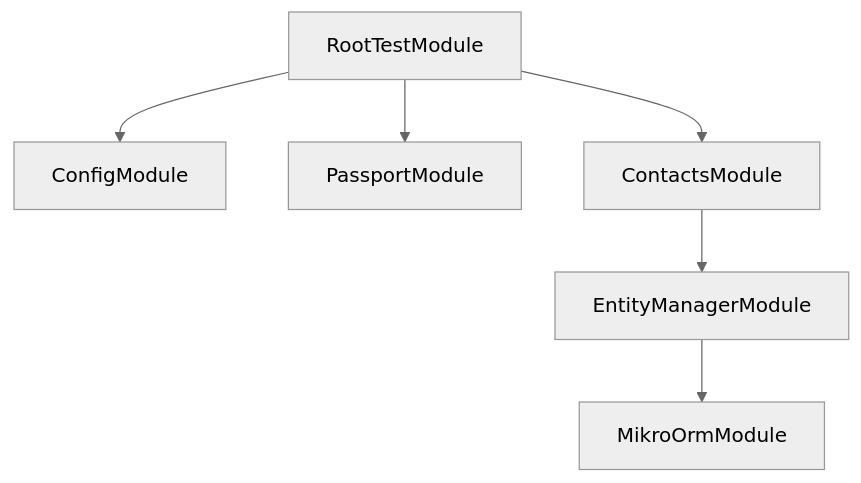
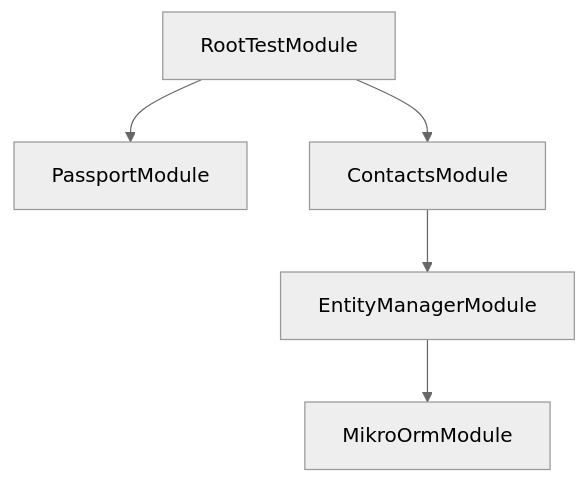
Before and after one commit to gpo/grassroots: the diagram in docs/DependencyGraphForTest.md, drawn with Mermaid (neutral theme). The commit also changed other lines of this file and 8 other files, not shown here.

````diff
--- a/docs/DependencyGraphForTest.md
+++ b/docs/DependencyGraphForTest.md
@@ -1,8 +2,7 @@
-```mermaid
-graph TD
-  RootTestModule-->ConfigModule
-RootTestModule-->PassportModule
-RootTestModule-->ContactsModule
-ContactsModule-->EntityManagerModule
-EntityManagerModule-->MikroOrmModule
-```
+  ```mermaid
+  graph TD
+    RootTestModule-->PassportModule
+  RootTestModule-->ContactsModule
+  ContactsModule-->EntityManagerModule
+  EntityManagerModule-->MikroOrmModule
+  ```
````
